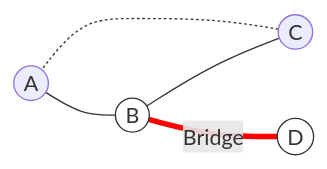
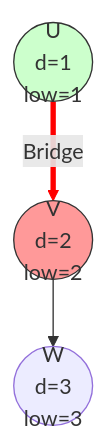
Before and after one commit to SMTEmon/2-1: the third of 4 diagrams in 4303 Data Structures/Notes/Lecture 8 - Graph Applications.md, drawn with Mermaid. The commit also changed other lines of this file, not shown here.

````diff
--- a/4303 Data Structures/Notes/Lecture 8 - Graph Applications.md
+++ b/4303 Data Structures/Notes/Lecture 8 - Graph Applications.md
@@ -171,11 +196,9 @@
 ```mermaid
-graph LR
-    A((A)) --- B((B))
-    B --- C((C))
-    C -.- A
-    B ===|Bridge| D((D))
-    
-    style B fill:#fff,stroke:#333
-    style D fill:#fff,stroke:#333
-    linkStyle 3 stroke:red,stroke-width:4px;
+graph TD
+    U((U<br>d=1<br>low=1)) -->|Bridge| V((V<br>d=2<br>low=2))
+    V --> W((W<br>d=3<br>low=3))
+
+    style U fill:#cfc,stroke:#333
+    style V fill:#f99,stroke:#333
+    linkStyle 0 stroke:red,stroke-width:4px;
 ```
````
